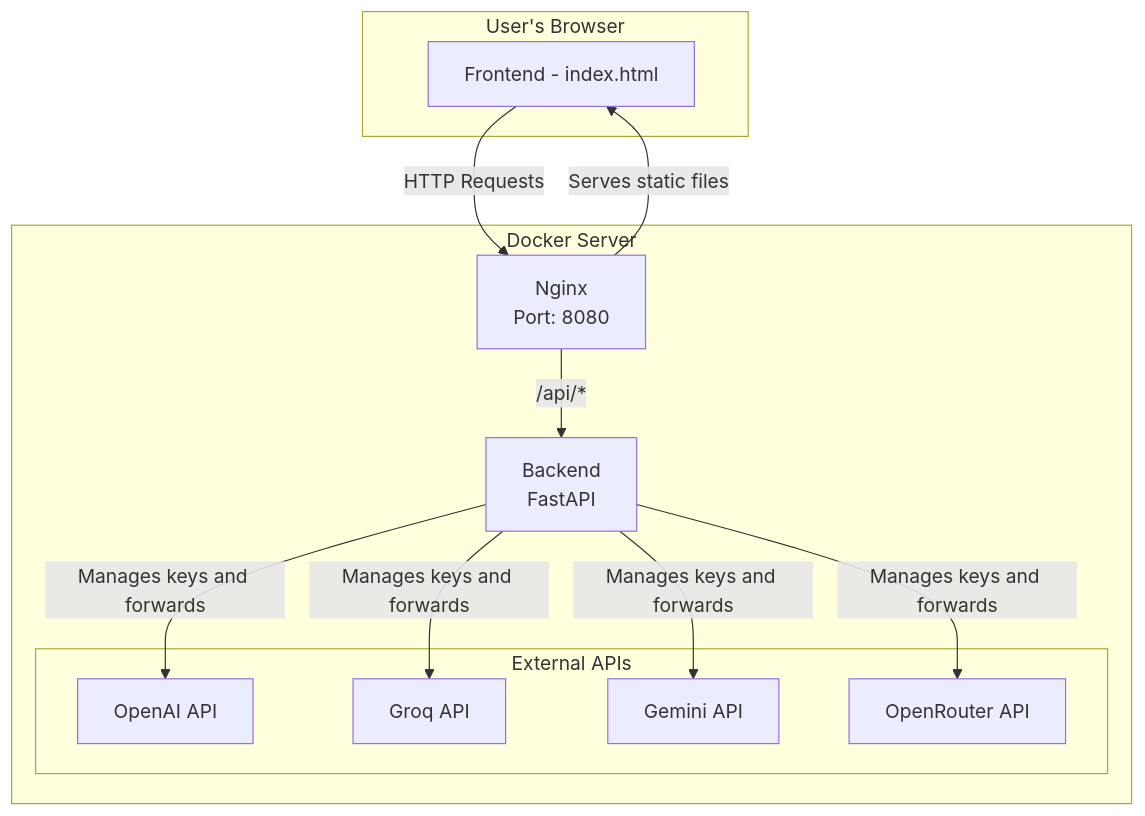
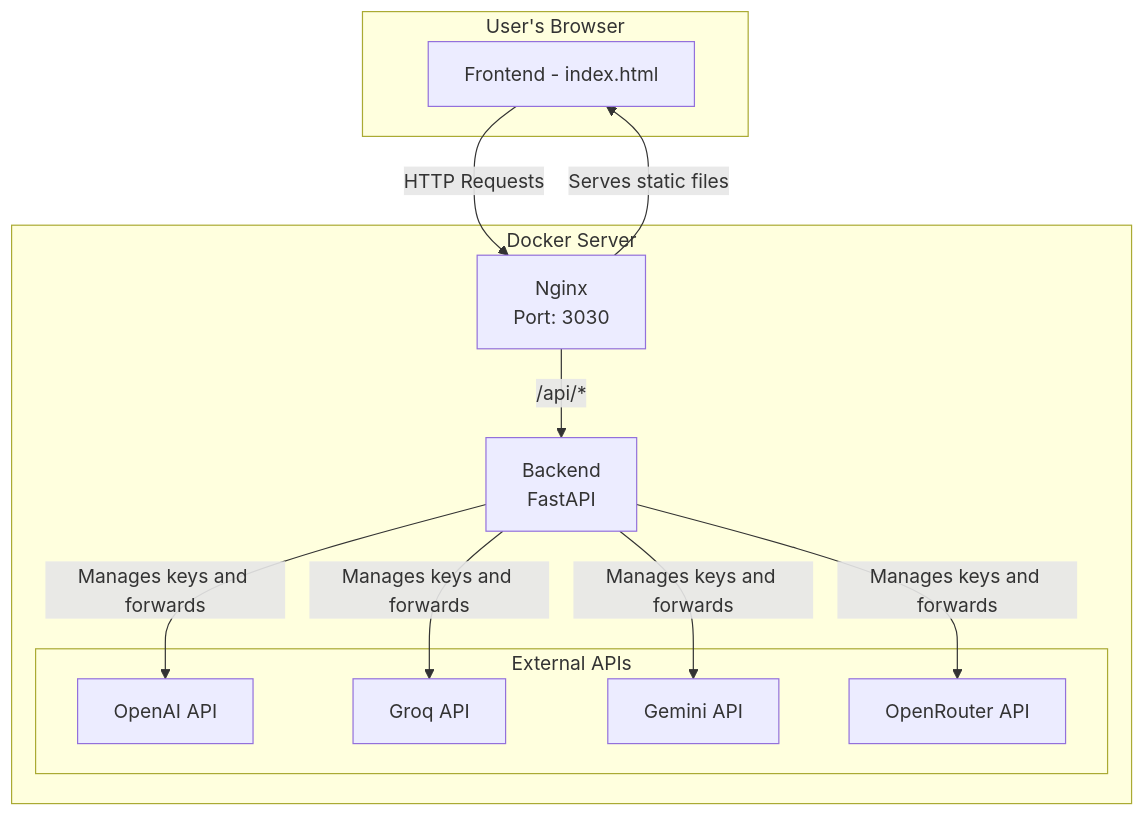
The diagram in README.md (Jailtonfonseca/pro-study-guide), drawn with Mermaid before and after one commit. The commit also changed other lines of this file and 3 other files, not shown here.

````diff
--- a/README.md
+++ b/README.md
@@ -18,26 +18,26 @@
 ```mermaid
 graph TD
     subgraph "User's Browser"
         A[Frontend - index.html]
     end
 
     subgraph "Docker Server"
-        B[Nginx <br> Port: 8080]
+        B[Nginx <br> Port: 3030]
         C[Backend <br> FastAPI]
 
         subgraph "External APIs"
             D[OpenAI API]
             E[Groq API]
             F[Gemini API]
             G[OpenRouter API]
         end
     end
 
     A -- HTTP Requests --> B
     B -- Serves static files --> A
     B -- /api/* --> C
     C -- Manages keys and forwards --> D
     C -- Manages keys and forwards --> E
     C -- Manages keys and forwards --> F
     C -- Manages keys and forwards --> G
 ```
````
